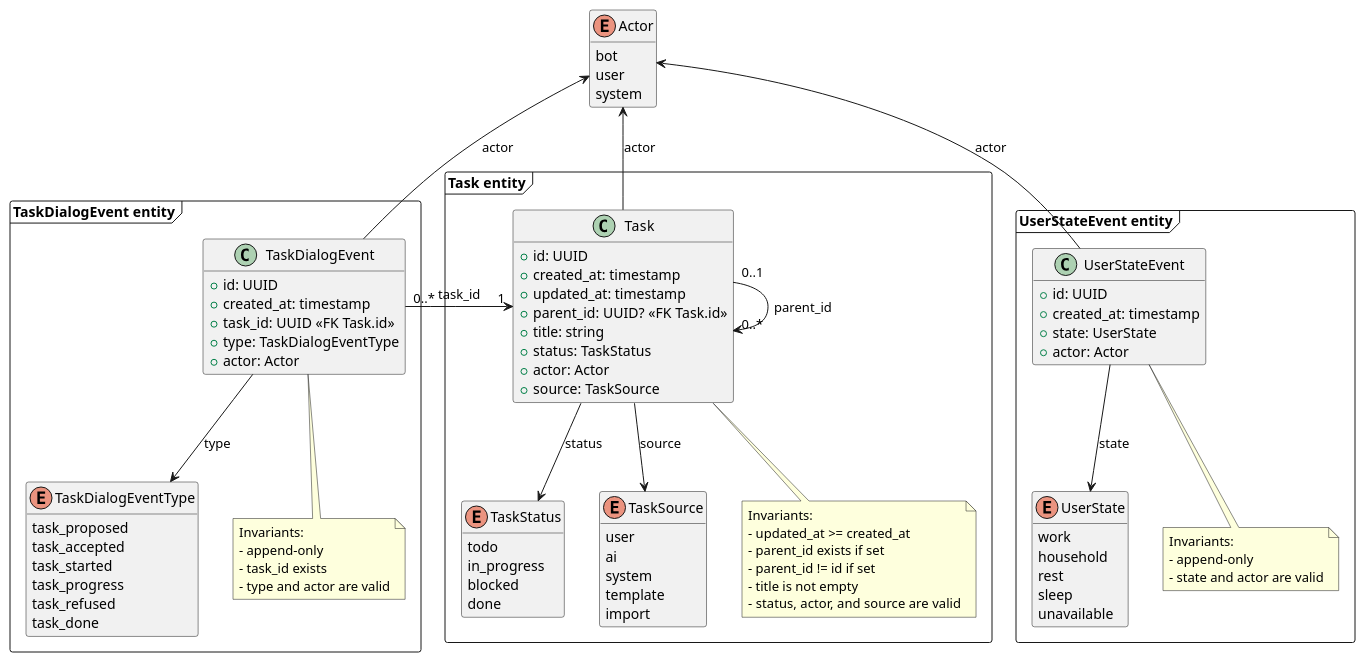
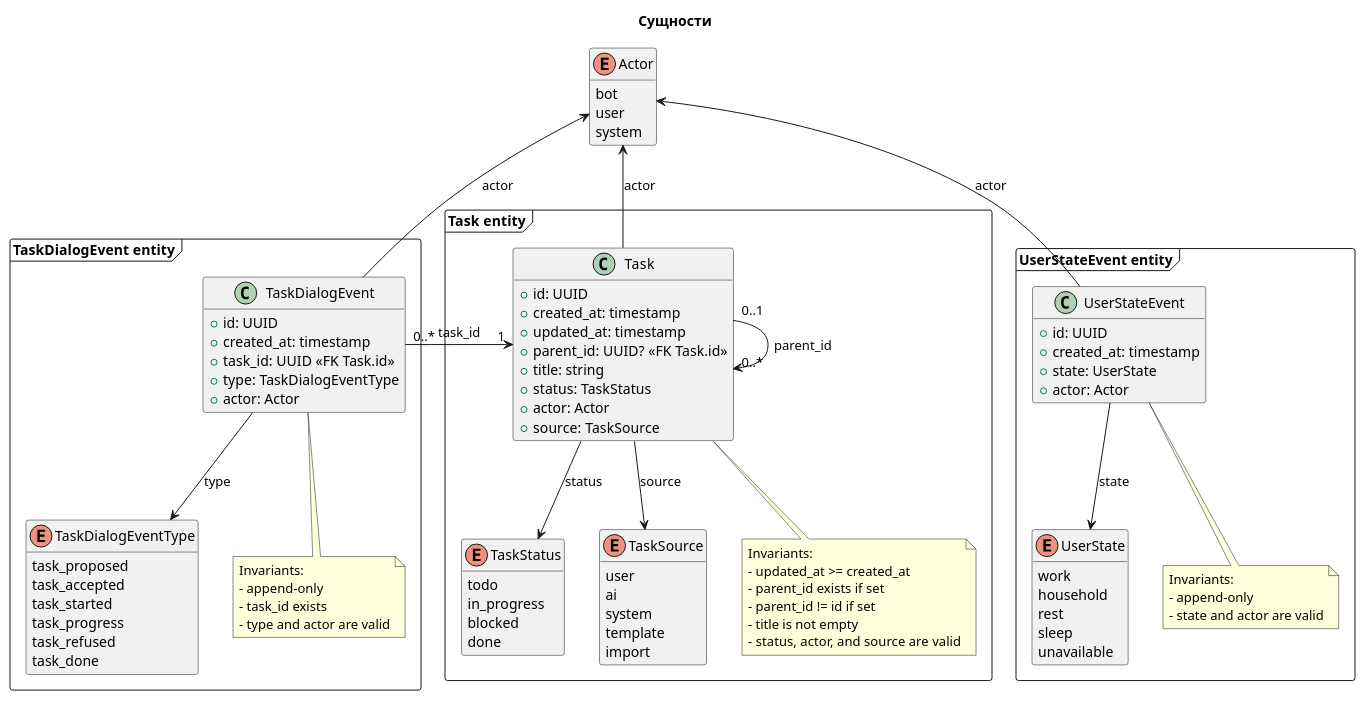
Before and after one commit to thewizardplusplus/wizard-assistant: the diagram in docs/entities.plantuml, drawn with PlantUML. The commit also changed 1 other file, not shown here.

Commit message:
Add title to PlantUML diagram

```diff
--- a/docs/entities.plantuml
+++ b/docs/entities.plantuml
@@ -1,113 +1,114 @@
 @startuml
 
+title Сущности
 hide empty methods
 
 ' Common types
 
 enum Actor {
   bot
   user
   system
 }
 
 ' Entities
 
 package "Task entity" <<Frame>> {
   enum TaskStatus {
     todo
     in_progress
     blocked
     done
   }
 
   enum TaskSource {
     user
     ai
     system
     template
     import
   }
 
   class Task {
     +id: UUID
     +created_at: timestamp
     +updated_at: timestamp
     +parent_id: UUID? <<FK Task.id>>
     +title: string
     +status: TaskStatus
     +actor: Actor
     +source: TaskSource
   }
 
   Task "0..1" --> "0..*" Task : parent_id
   Task --> TaskStatus : status
   Task -up-> Actor : actor
   Task --> TaskSource : source
 
   note bottom of Task
     Invariants:
     - updated_at >= created_at
     - parent_id exists if set
     - parent_id != id if set
     - title is not empty
     - status, actor, and source are valid
   end note
 }
 
 package "TaskDialogEvent entity" <<Frame>> {
   enum TaskDialogEventType {
     task_proposed
     task_accepted
     task_started
     task_progress
     task_refused
     task_done
   }
 
   class TaskDialogEvent {
     +id: UUID
     +created_at: timestamp
     +task_id: UUID <<FK Task.id>>
     +type: TaskDialogEventType
     +actor: Actor
   }
 
   TaskDialogEvent "0..*" -right-> "1" Task : task_id
   TaskDialogEvent --> TaskDialogEventType : type
   TaskDialogEvent -up-> Actor : actor
 
   note bottom of TaskDialogEvent
     Invariants:
     - append-only
     - task_id exists
     - type and actor are valid
   end note
 }
 
 package "UserStateEvent entity" <<Frame>> {
   enum UserState {
     work
     household
     rest
     sleep
     unavailable
   }
 
   class UserStateEvent {
     +id: UUID
     +created_at: timestamp
     +state: UserState
     +actor: Actor
   }
 
   UserStateEvent --> UserState : state
   UserStateEvent -up-> Actor : actor
 
   note bottom of UserStateEvent
     Invariants:
     - append-only
     - state and actor are valid
   end note
 }
 
 @enduml
```
